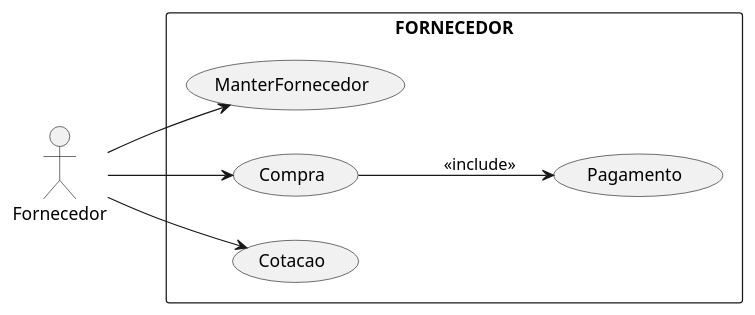
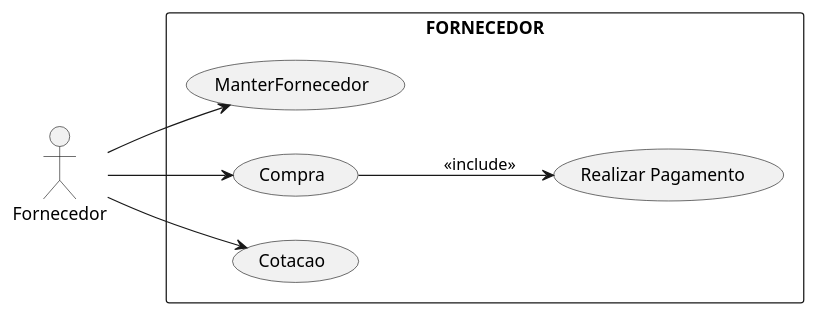
The diagram in Diagramas/CuFornecedor.plantuml (jmcardoso18/2025.1-PI-2-Semestre), drawn with PlantUML before and after one commit. The commit also changed 2 other files, not shown here.

```diff
--- a/Diagramas/CuFornecedor.plantuml
+++ b/Diagramas/CuFornecedor.plantuml
@@ -1,14 +1,14 @@
 @startuml
 left to right direction
 actor "Fornecedor" as Fornecedor
 rectangle "FORNECEDOR"{
     usecase "ManterFornecedor"as UC2
     usecase "Compra" as UC8
-    usecase "Pagamento" as UC7
+    usecase "Realizar Pagamento " as UC7
     usecase "Cotacao" as UC5  
 }
 Fornecedor --> UC2
 Fornecedor --> UC5
 Fornecedor --> UC8
 UC8 --> UC7:<<include>>
 @enduml
```
